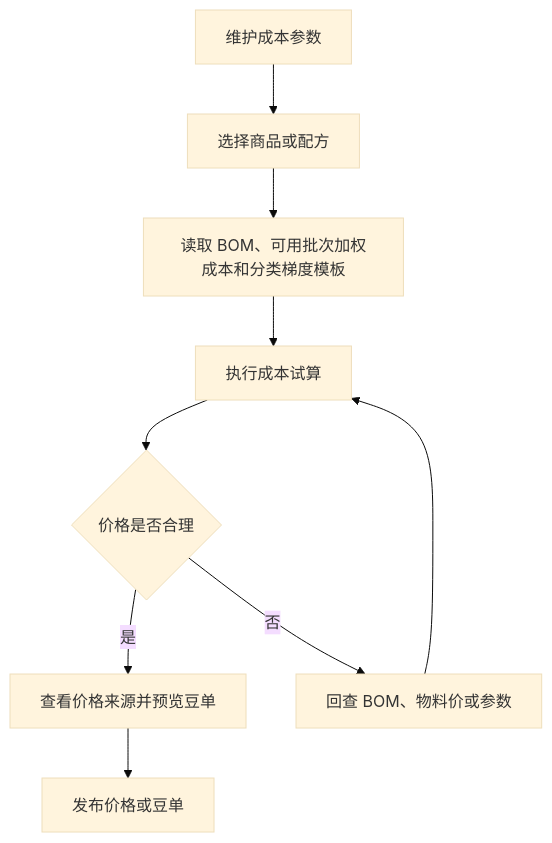
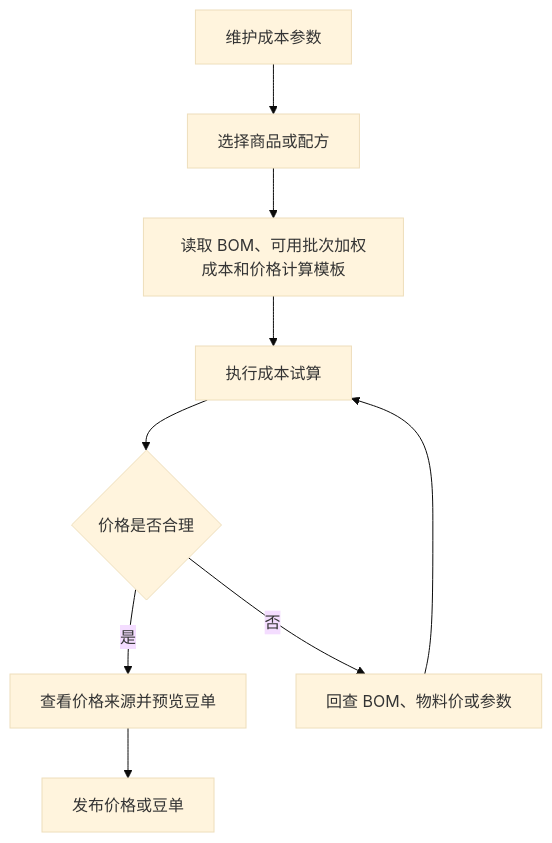
The diagram in orderapp-remote/docs/OP_MANUAL_COSTING.md (Backstage2539/KFerp), drawn with Mermaid (base theme) before and after one commit. The commit also changed other lines of this file and 39 other files, not shown here.

````diff
--- a/orderapp-remote/docs/OP_MANUAL_COSTING.md
+++ b/orderapp-remote/docs/OP_MANUAL_COSTING.md
@@ -12,11 +12,11 @@
 ```mermaid
 flowchart TD
   A["维护成本参数"] --> B["选择商品或配方"]
-  B --> C["读取 BOM、可用批次加权成本和分类梯度模板"]
+  B --> C["读取 BOM、可用批次加权成本和价格计算模板"]
   C --> D["执行成本试算"]
   D --> E{"价格是否合理"}
   E -->|是| F["查看价格来源并预览豆单"]
   F --> H["发布价格或豆单"]
   E -->|否| G["回查 BOM、物料价或参数"]
   G --> D
 ```
````
